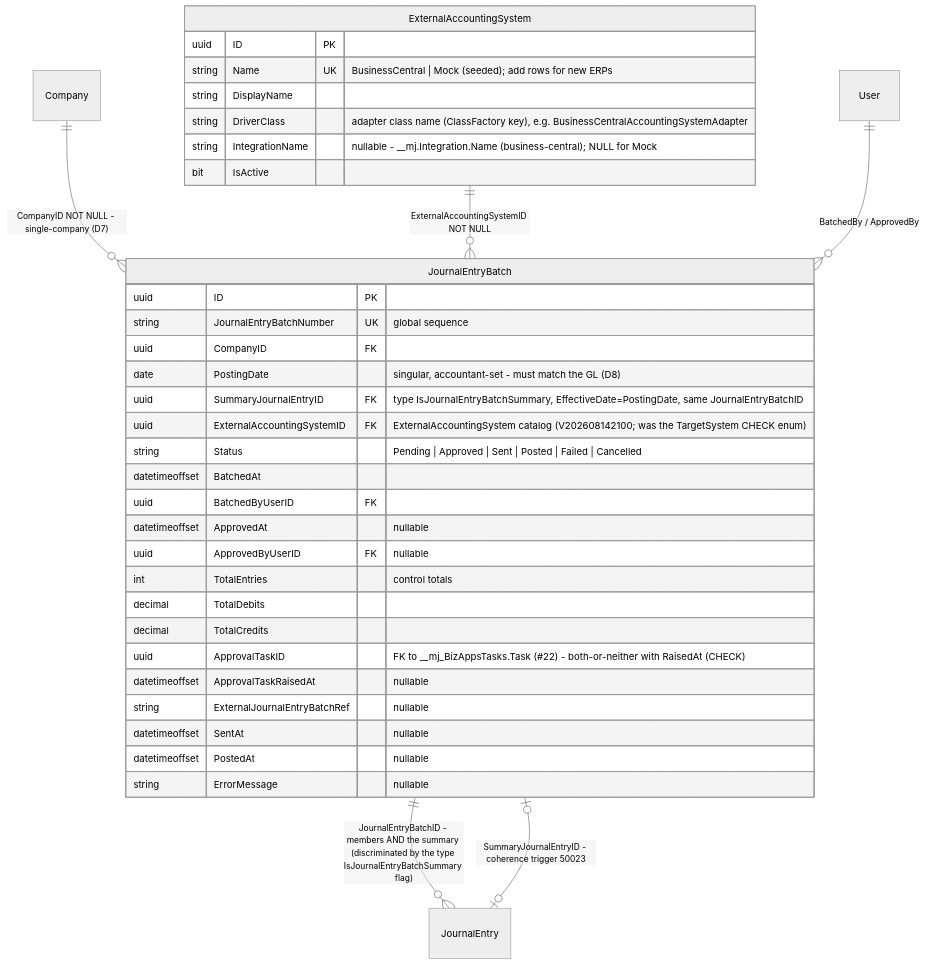
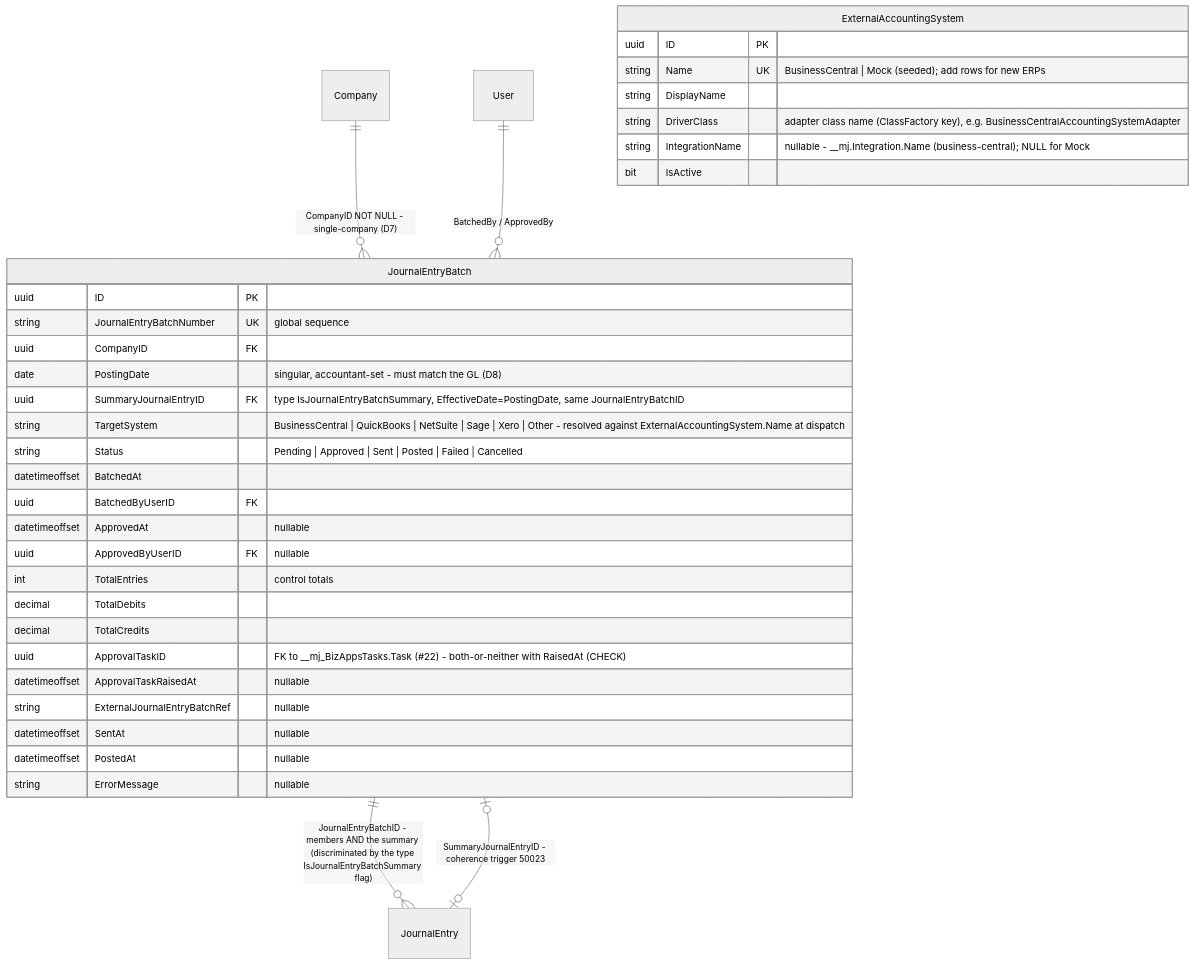
Before and after one commit to MemberJunction/bizapps-accounting: the eighth of 12 diagrams in docs/bizapps-accounting-erd.md, drawn with Mermaid (neutral theme). The commit also changed other lines of this file and 53 other files, not shown here.

````diff
--- a/docs/bizapps-accounting-erd.md
+++ b/docs/bizapps-accounting-erd.md
@@ -694,41 +694,40 @@
 ```mermaid
 erDiagram
     Company ||--o{ JournalEntryBatch : "CompanyID NOT NULL - single-company (D7)"
-    ExternalAccountingSystem ||--o{ JournalEntryBatch : "ExternalAccountingSystemID NOT NULL"
     JournalEntryBatch ||--o{ JournalEntry : "JournalEntryBatchID - members AND the summary (discriminated by the type IsJournalEntryBatchSummary flag)"
     JournalEntryBatch |o--o| JournalEntry : "SummaryJournalEntryID - coherence trigger 50023"
     User ||--o{ JournalEntryBatch : "BatchedBy / ApprovedBy"
 
 
     ExternalAccountingSystem {
         uuid ID PK
         string Name UK "BusinessCentral | Mock (seeded); add rows for new ERPs"
         string DisplayName
         string DriverClass "adapter class name (ClassFactory key), e.g. BusinessCentralAccountingSystemAdapter"
         string IntegrationName "nullable - __mj.Integration.Name (business-central); NULL for Mock"
         bit IsActive
     }
 
     JournalEntryBatch {
         uuid ID PK
         string JournalEntryBatchNumber UK "global sequence"
         uuid CompanyID FK
         date PostingDate "singular, accountant-set - must match the GL (D8)"
         uuid SummaryJournalEntryID FK "type IsJournalEntryBatchSummary, EffectiveDate=PostingDate, same JournalEntryBatchID"
-        uuid ExternalAccountingSystemID FK "ExternalAccountingSystem catalog (V202608142100; was the TargetSystem CHECK enum)"
+        string TargetSystem "BusinessCentral | QuickBooks | NetSuite | Sage | Xero | Other - resolved against ExternalAccountingSystem.Name at dispatch"
         string Status "Pending | Approved | Sent | Posted | Failed | Cancelled"
         datetimeoffset BatchedAt
         uuid BatchedByUserID FK
         datetimeoffset ApprovedAt "nullable"
         uuid ApprovedByUserID FK "nullable"
         int TotalEntries "control totals"
         decimal TotalDebits
         decimal TotalCredits
         uuid ApprovalTaskID "FK to __mj_BizAppsTasks.Task (#22) - both-or-neither with RaisedAt (CHECK)"
         datetimeoffset ApprovalTaskRaisedAt "nullable"
         string ExternalJournalEntryBatchRef "nullable"
         datetimeoffset SentAt "nullable"
         datetimeoffset PostedAt "nullable"
         string ErrorMessage "nullable"
     }
 ```
````
